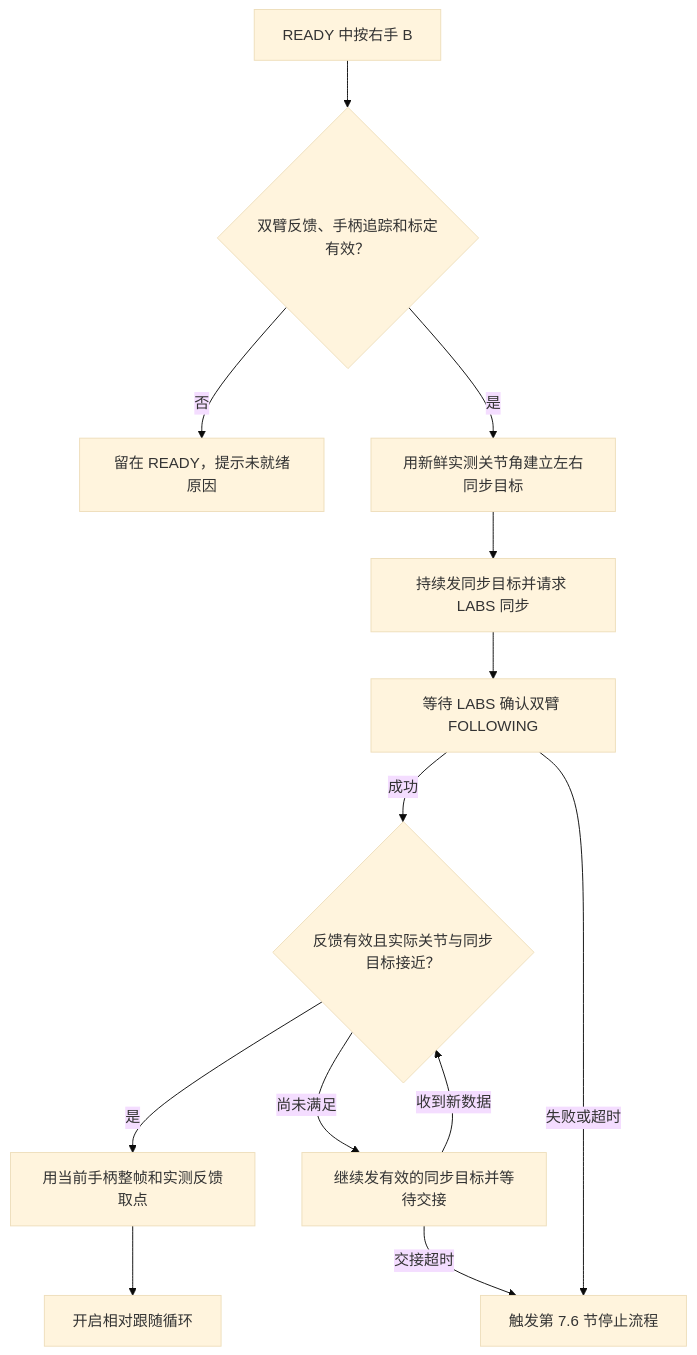
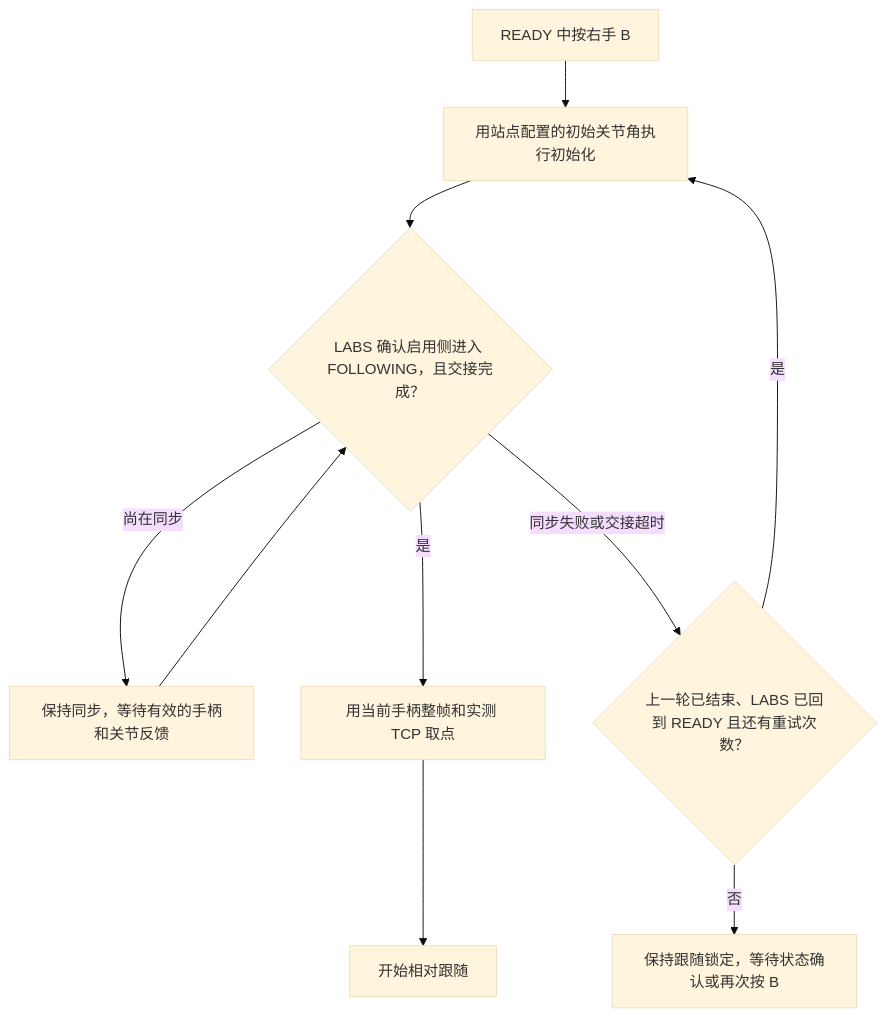
Before and after one commit to YYxzz8866/Quest-Proposal: the first of 4 diagrams in 7、遥操作同步、跟随及异常处理.md, drawn with Mermaid (base theme). The commit also changed other lines of this file and 7 other files, not shown here.

````diff
--- a/7、遥操作同步、跟随及异常处理.md
+++ b/7、遥操作同步、跟随及异常处理.md
@@ -28,24 +44,18 @@
 ```mermaid
 flowchart TD
     BPress["READY 中按右手 B"]
-    Precheck{"双臂反馈、手柄追踪和标定有效？"}
-    Ready["留在 READY，提示未就绪原因"]
-    SyncGoal["用新鲜实测关节角建立左右同步目标"]
-    ArmSync["持续发同步目标并请求 LABS 同步"]
-    Await["等待 LABS 确认双臂 FOLLOWING"]
-    Gate{"反馈有效且实际关节与同步目标接近？"}
-    Wait["继续发有效的同步目标并等待交接"]
-    TakeAnchor["用当前手柄整帧和实测反馈取点"]
-    Track["开启相对跟随循环"]
-    Fault["触发第 7.6 节停止流程"]
+    Init["用站点配置的初始关节角执行初始化"]
+    Done{"LABS 确认启用侧进入 FOLLOWING，且交接完成？"}
+    Wait["保持同步，等待有效的手柄和关节反馈"]
+    Retry{"上一轮已结束、LABS 已回到 READY 且还有重试次数？"}
+    Hold["保持跟随锁定，等待状态确认或再次按 B"]
+    Anchor["用当前手柄整帧和实测 TCP 取点"]
+    Track["开始相对跟随"]
 
-    BPress --> Precheck
-    Precheck -->|否| Ready
-    Precheck -->|是| SyncGoal --> ArmSync --> Await
-    Await -->|成功| Gate
-    Await -->|失败或超时| Fault
-    Gate -->|是| TakeAnchor --> Track
-    Gate -->|尚未满足| Wait
-    Wait -->|收到新数据| Gate
-    Wait -->|交接超时| Fault
+    BPress --> Init --> Done
+    Done -->|是| Anchor --> Track
+    Done -->|尚在同步| Wait --> Done
+    Done -->|同步失败或交接超时| Retry
+    Retry -->|是| Init
+    Retry -->|否| Hold
 ```
````
